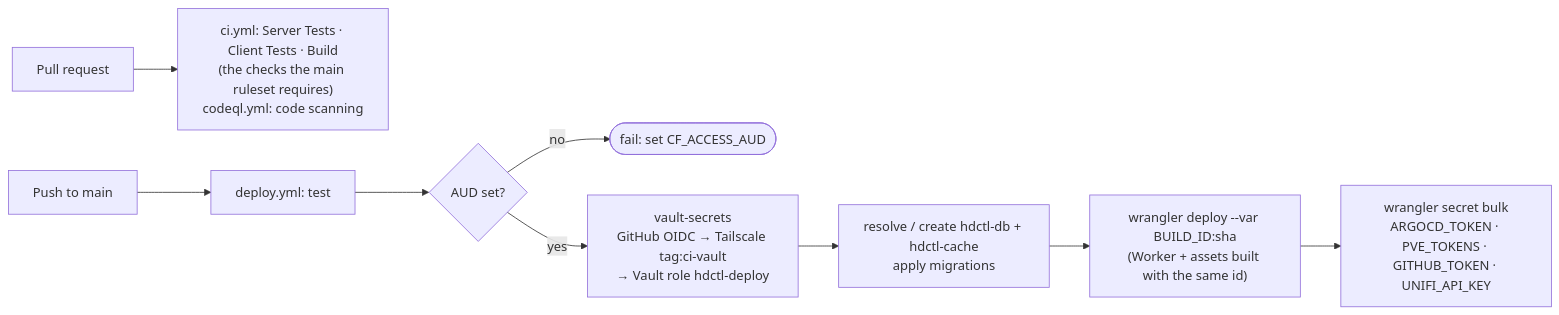
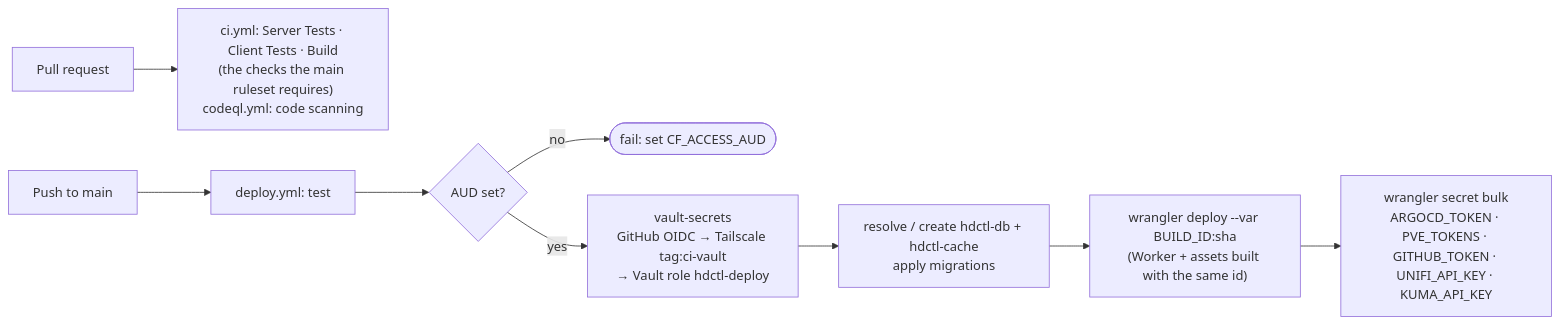
The second of 2 diagrams in docs/operations.md (mike12806/hdctl), drawn with Mermaid before and after one commit. The commit also changed other lines of this file and 13 other files, not shown here.

````diff
--- a/docs/operations.md
+++ b/docs/operations.md
@@ -80,11 +98,11 @@
 ```mermaid
 flowchart LR
   pr["Pull request"] --> ci["ci.yml: Server Tests · Client Tests · Build<br/>(the checks the main ruleset requires)<br/>codeql.yml: code scanning"]
   main["Push to main"] --> test["deploy.yml: test"]
   test --> aud{"AUD set?"}
   aud -->|no| stop(["fail: set CF_ACCESS_AUD"])
   aud -->|yes| vault["vault-secrets<br/>GitHub OIDC → Tailscale tag:ci-vault<br/>→ Vault role hdctl-deploy"]
   vault --> d1["resolve / create hdctl-db + hdctl-cache<br/>apply migrations"]
   d1 --> dep["wrangler deploy --var BUILD_ID:sha<br/>(Worker + assets built with the same id)"]
-  dep --> sec["wrangler secret bulk<br/>ARGOCD_TOKEN · PVE_TOKENS · GITHUB_TOKEN · UNIFI_API_KEY"]
+  dep --> sec["wrangler secret bulk<br/>ARGOCD_TOKEN · PVE_TOKENS · GITHUB_TOKEN · UNIFI_API_KEY · KUMA_API_KEY"]
 ```
````
